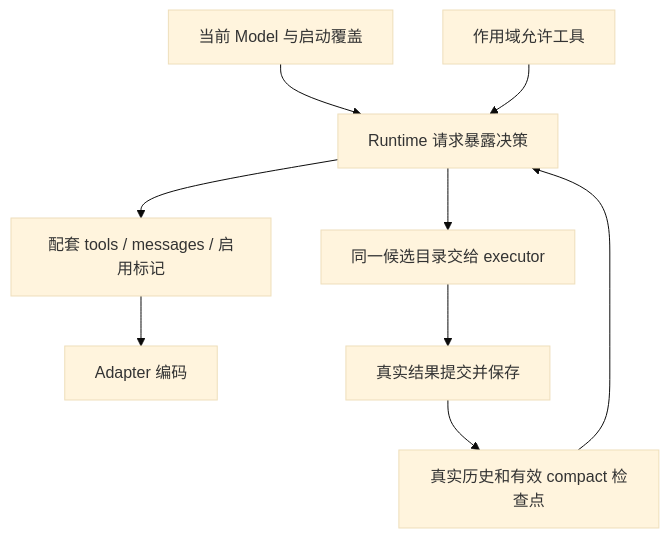
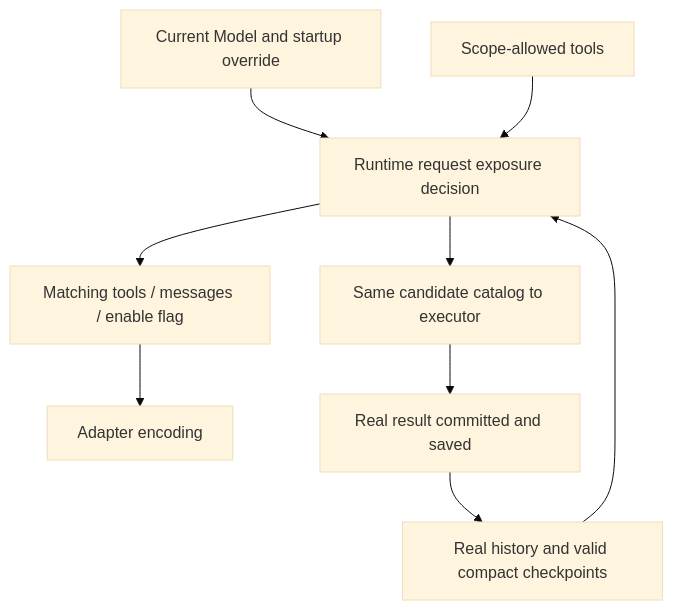
One commit to osben/ZCode changed the diagram in apps/zcode-cli/docs/design/v2/tool/19-tool-search.md. Above: the diagram before and after it, drawn with Mermaid (base theme). The commit also changed other lines of this file and 9 other files, not shown here.

````diff
--- a/apps/zcode-cli/docs/design/v2/tool/19-tool-search.md
+++ b/apps/zcode-cli/docs/design/v2/tool/19-tool-search.md
@@ -137,11 +65,11 @@
 ```mermaid
 flowchart TD
-  M[当前 Model 与启动覆盖] --> P[Runtime 请求暴露决策]
-  T[作用域允许工具] --> P
-  H[真实历史和有效 compact 检查点] --> P
-  P --> R[配套 tools / messages / 启用标记]
-  P --> E[同一候选目录交给 executor]
-  R --> A[Adapter 编码]
-  E --> O[真实结果提交并保存]
+  M[Current Model and startup override] --> P[Runtime request exposure decision]
+  T[Scope-allowed tools] --> P
+  H[Real history and valid compact checkpoints] --> P
+  P --> R[Matching tools / messages / enable flag]
+  P --> E[Same candidate catalog to executor]
+  R --> A[Adapter encoding]
+  E --> O[Real result committed and saved]
   O --> H
 ```
````
